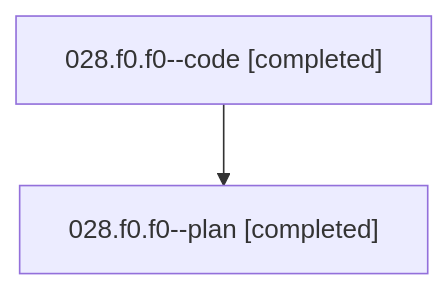
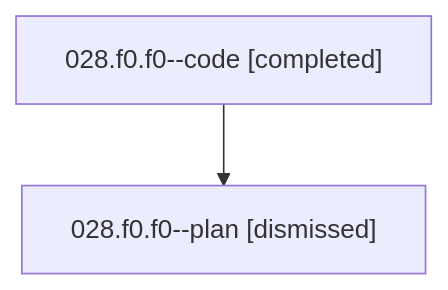
One commit to bobs-org/bob-cli--agents changed the diagram in families/bbugyi200.athena.028.f0.f0.md. Above: the diagram before and after it, drawn with Mermaid. The commit also changed other lines of this file and 265 other files, not shown here.

````diff
--- a/families/bbugyi200.athena.028.f0.f0.md
+++ b/families/bbugyi200.athena.028.f0.f0.md
@@ -9,6 +9,6 @@
 ```mermaid
 flowchart TD
   n0["028.f0.f0--code [completed]"]
-  n1["028.f0.f0--plan [completed]"]
+  n1["028.f0.f0--plan [dismissed]"]
   n0 --> n1
 ```
````
